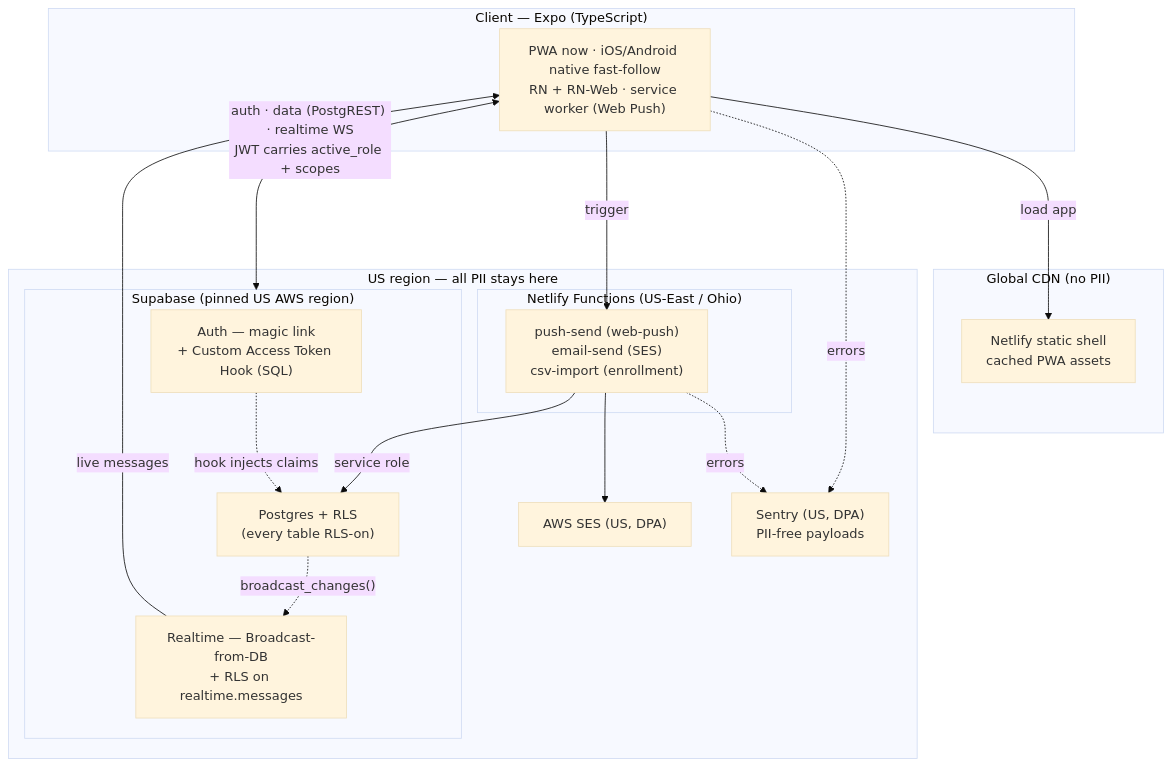
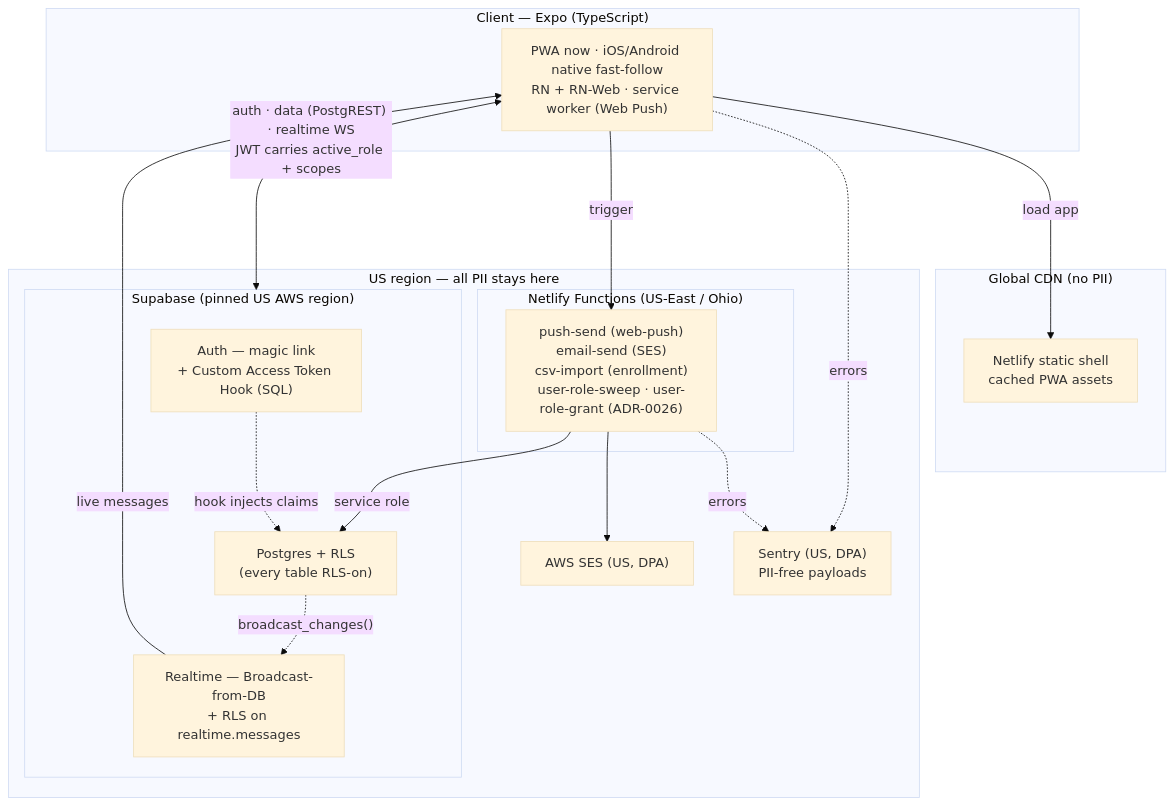
The first of 9 diagrams in .docs/3_ARCHITECTURE.md (cmdfw-bv/CMDFW-BalaVihar-App), drawn with Mermaid (base theme) before and after one commit. The commit also changed other lines of this file and 28 other files, not shown here.

First line of the commit message:
System: user-role-approval — auto-activation sweep + tiered manual grant/revoke (#27)

````diff
--- a/.docs/3_ARCHITECTURE.md
+++ b/.docs/3_ARCHITECTURE.md
@@ -27,34 +27,34 @@
 ```mermaid
 flowchart TB
     subgraph client["Client — Expo (TypeScript)"]
         pwa["PWA now · iOS/Android native fast-follow<br/>RN + RN-Web · service worker (Web Push)"]
     end
 
     subgraph global["Global CDN (no PII)"]
         shell["Netlify static shell<br/>cached PWA assets"]
     end
 
     subgraph us["US region — all PII stays here"]
         subgraph netlify["Netlify Functions (US-East / Ohio)"]
-            fn["push-send (web-push)<br/>email-send (SES)<br/>csv-import (enrollment)"]
+            fn["push-send (web-push)<br/>email-send (SES)<br/>csv-import (enrollment)<br/>user-role-sweep · user-role-grant (ADR-0026)"]
         end
         subgraph supa["Supabase (pinned US AWS region)"]
             auth["Auth — magic link<br/>+ Custom Access Token Hook (SQL)"]
             db["Postgres + RLS<br/>(every table RLS-on)"]
             rt["Realtime — Broadcast-from-DB<br/>+ RLS on realtime.messages"]
         end
         ses["AWS SES (US, DPA)"]
         sentry["Sentry (US, DPA)<br/>PII-free payloads"]
     end
 
     pwa -->|"load app"| shell
     pwa <-->|"auth · data (PostgREST) · realtime WS<br/>JWT carries active_role + scopes"| supa
     pwa -->|"trigger"| fn
     fn -->|"service role"| db
     fn --> ses
     auth -.->|"hook injects claims"| db
     db -.->|"broadcast_changes()"| rt
     rt -->|"live messages"| pwa
     pwa -.->|"errors"| sentry
     fn -.->|"errors"| sentry
 ```
````
